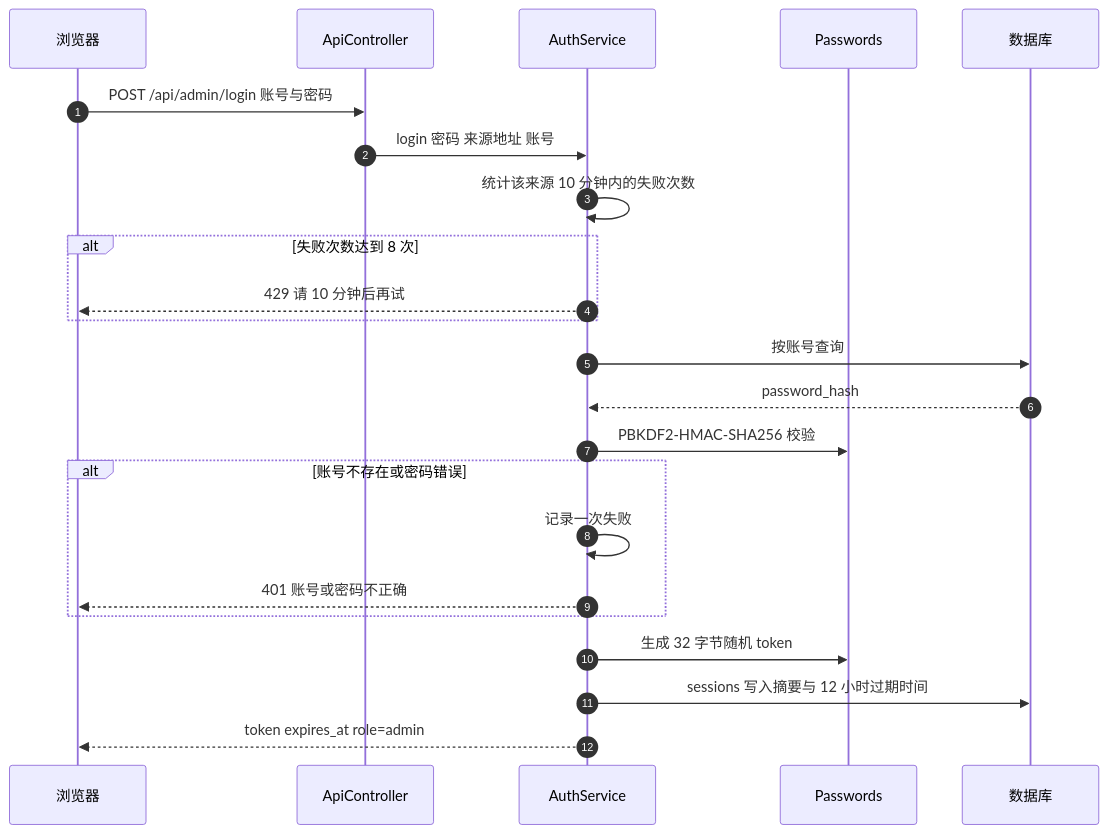
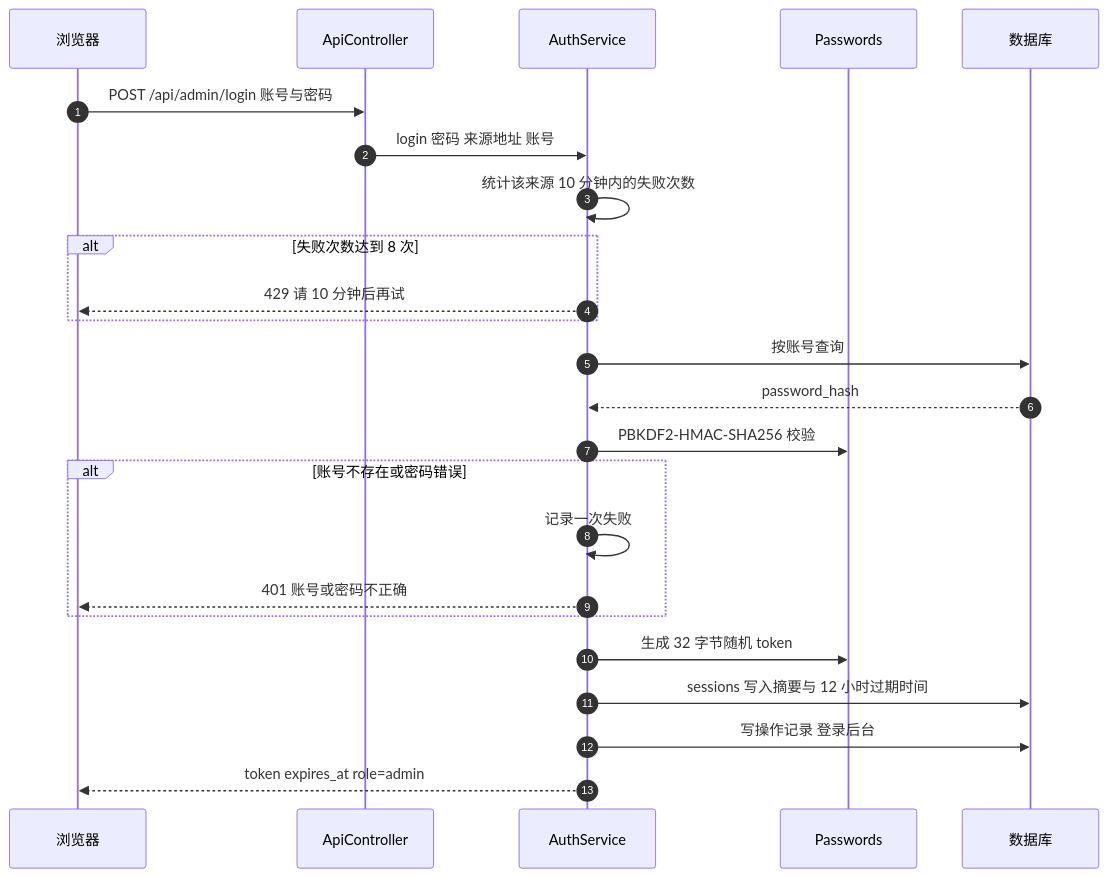
Before and after one commit to xHua0904/cczx-RadioStation: the seventh of 11 diagrams in README.md, drawn with Mermaid. The commit also changed other lines of this file and 36 other files, not shown here.

````diff
--- a/README.md
+++ b/README.md
@@ -378,26 +400,27 @@
 ```mermaid
 sequenceDiagram
     autonumber
     participant B as 浏览器
     participant C as ApiController
     participant A as AuthService
     participant P as Passwords
     participant D as 数据库
 
     B->>C: POST /api/admin/login 账号与密码
     C->>A: login 密码 来源地址 账号
     A->>A: 统计该来源 10 分钟内的失败次数
     alt 失败次数达到 8 次
         A-->>B: 429 请 10 分钟后再试
     end
     A->>D: 按账号查询
     D-->>A: password_hash
     A->>P: PBKDF2-HMAC-SHA256 校验
     alt 账号不存在或密码错误
         A->>A: 记录一次失败
         A-->>B: 401 账号或密码不正确
     end
     A->>P: 生成 32 字节随机 token
     A->>D: sessions 写入摘要与 12 小时过期时间
+    A->>D: 写操作记录 登录后台
     A-->>B: token expires_at role=admin
 ```
````
